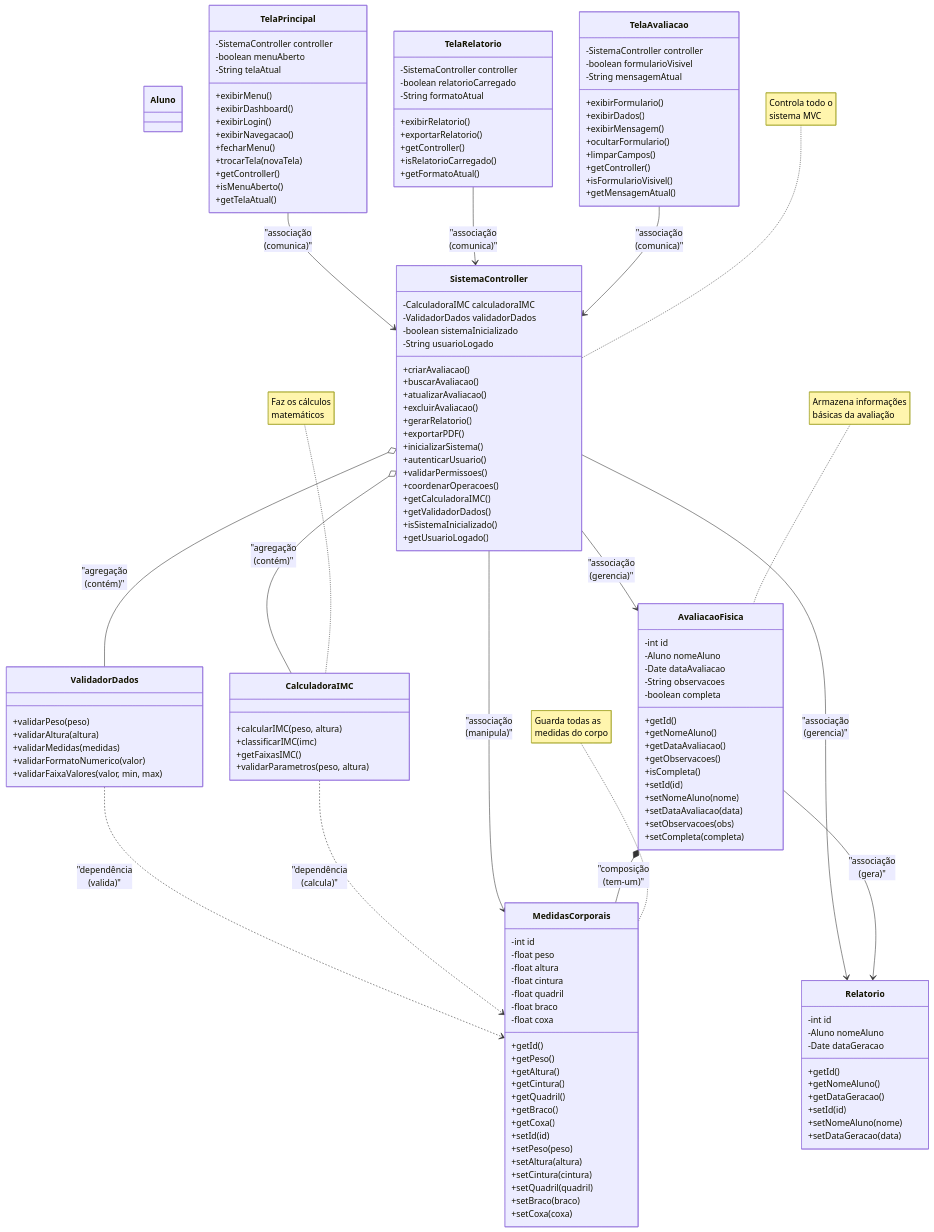
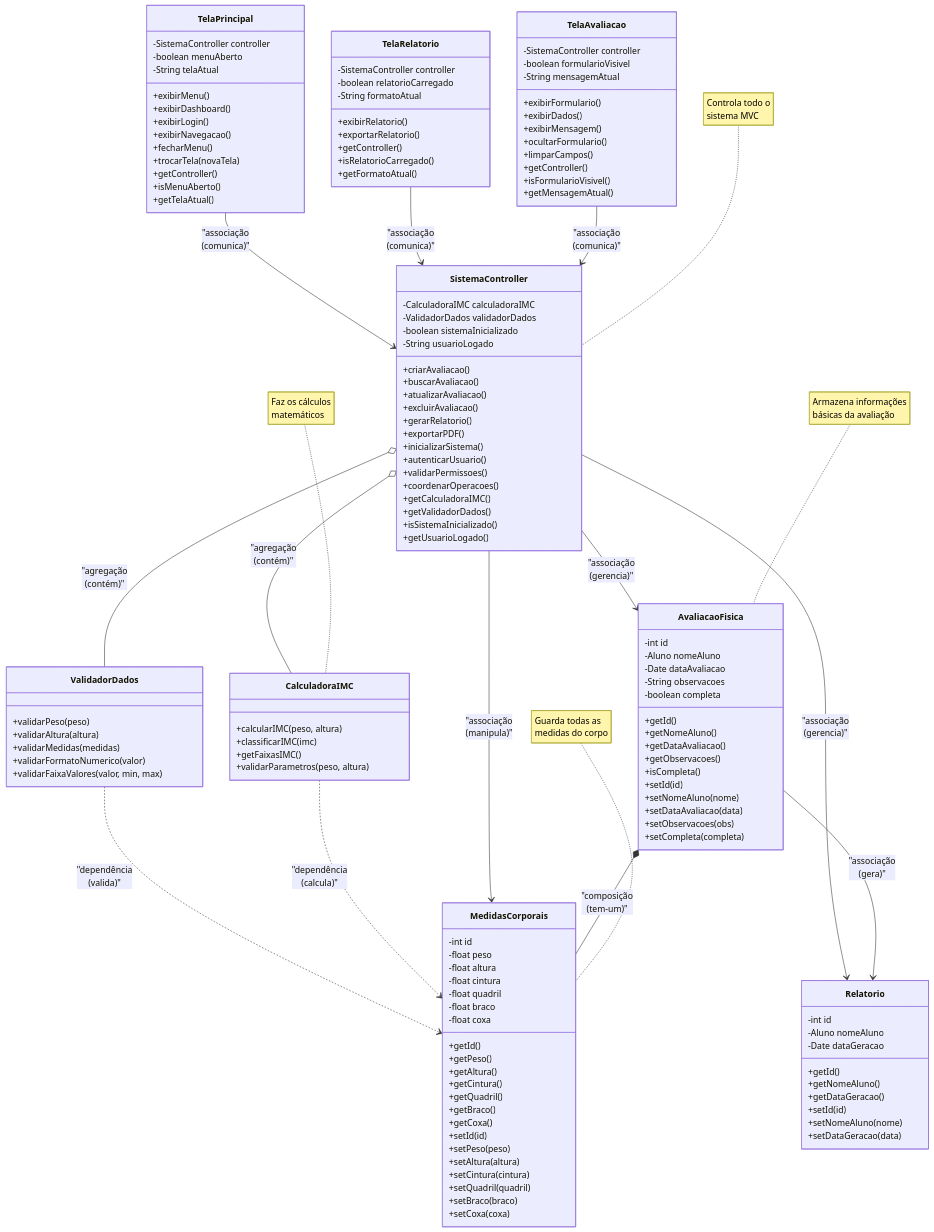
Before and after one commit to elainefabiola/Registro-de-evolu-o-f-sica: the diagram in diagrama_classes.md, drawn with Mermaid.

Commit message:
UPDATE: Digrama de classe

```diff
--- a/diagrama_classes.md
+++ b/diagrama_classes.md
@@ -25,9 +25,7 @@
         +setObservacoes(obs)
         +setCompleta(completa)
     }
-    class Aluno {
-    
-    }
+ 
 
     class MedidasCorporais {
         -int id
```
